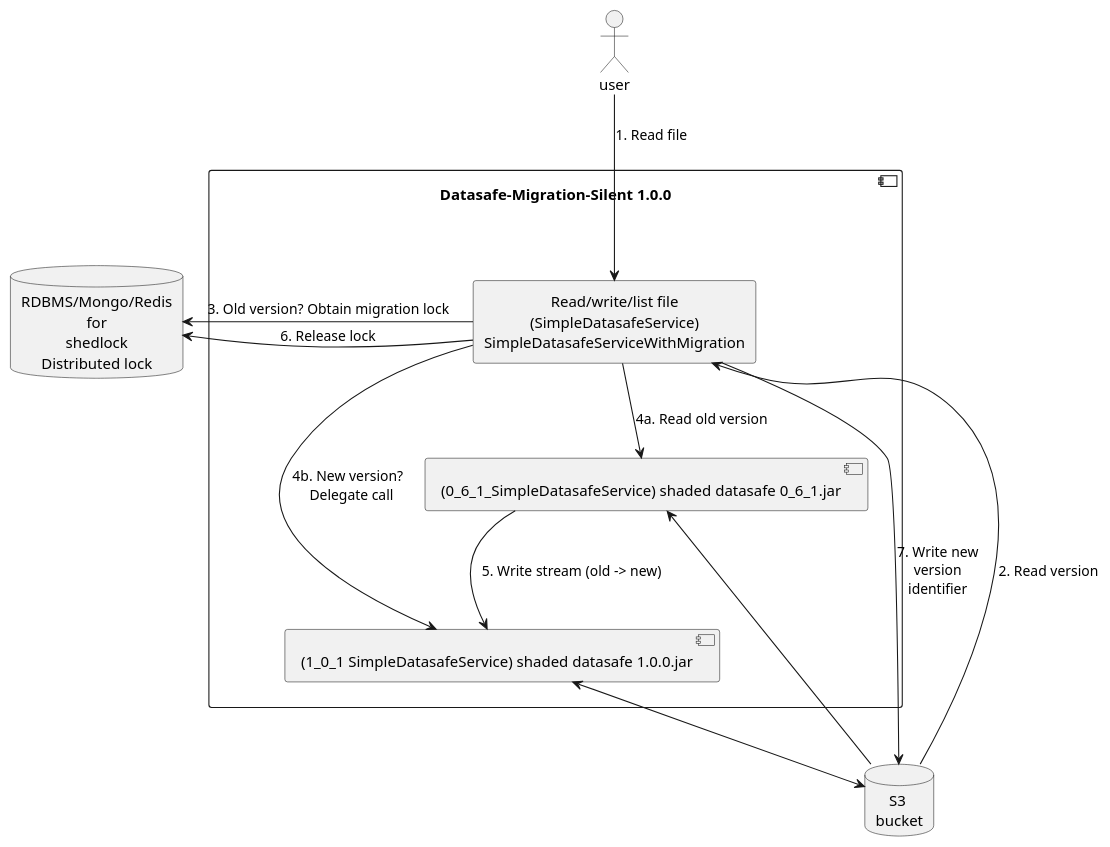
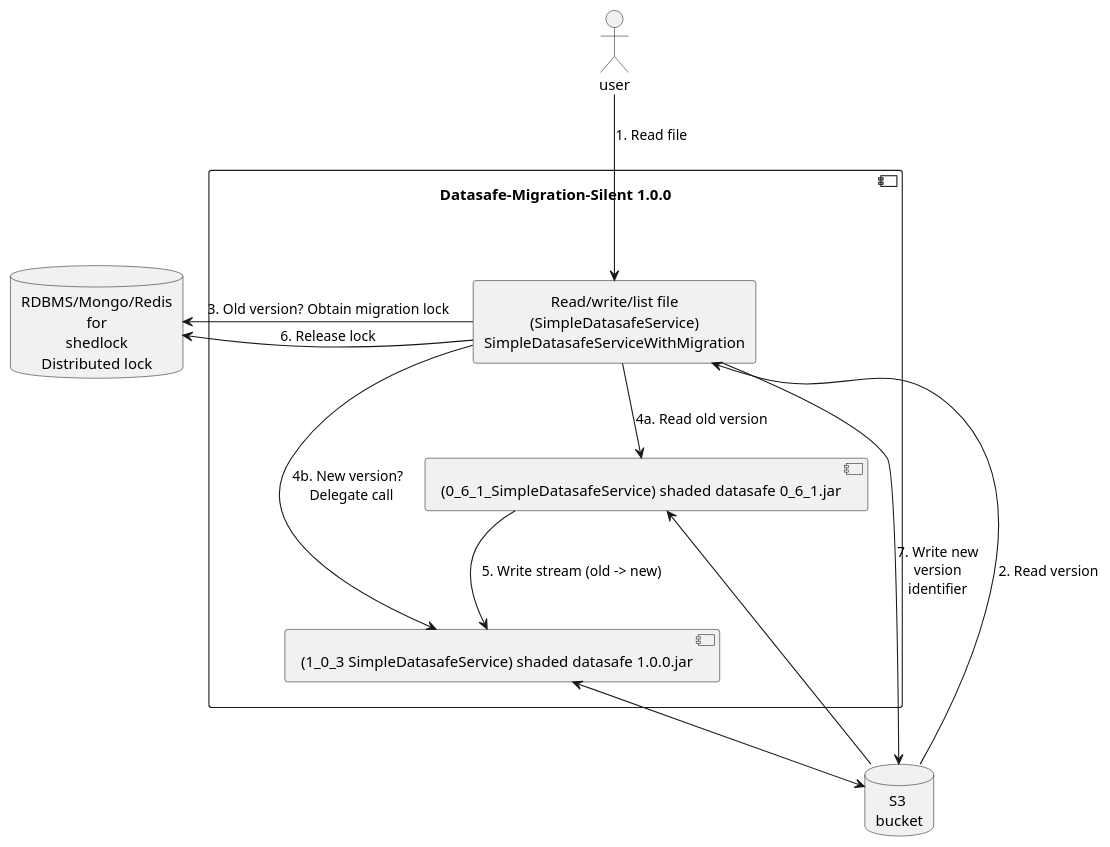
One commit to adorsys/datasafe-migration changed the diagram in docs/diagrams/silent-migration.puml. Above: the diagram before and after it, drawn with PlantUML. The commit also changed 41 other files, not shown here.

```diff
--- a/docs/diagrams/silent-migration.puml
+++ b/docs/diagrams/silent-migration.puml
@@ -1,33 +1,33 @@
 @startuml
 
 skinparam ranksep 55
 skinparam defaultTextAlignment center
 'skinparam nodesep 20
 skinparam shadowing false
 'skinparam linetype ortho
 
 actor user
 
 component "Datasafe-Migration-Silent 1.0.0\n\n\n" as UBER {
   rectangle "Read/write/list file\n(SimpleDatasafeService)\nSimpleDatasafeServiceWithMigration" as proxy
   component "(0_6_1_SimpleDatasafeService) shaded datasafe 0_6_1.jar" as reader
-  component "(1_0_1 SimpleDatasafeService) shaded datasafe 1.0.0.jar" as datasafe
+  component "(1_0_3 SimpleDatasafeService) shaded datasafe 1.0.0.jar" as datasafe
   reader -[hidden]down-> datasafe
 }
 
 database "S3 \nbucket" as bucket
 database "RDBMS/Mongo/Redis\nfor\nshedlock\nDistributed lock" as lock
 
 user --> proxy : 1. Read file
 proxy <-- bucket : 2. Read version
 proxy -left-> lock : 3. Old version? Obtain migration lock
 proxy --> reader : 4a. Read old version
 proxy --> datasafe : 4b. New version? \n Delegate call
 reader --> datasafe : 5. Write stream (old -> new)
 proxy -left-> lock : 6. Release lock
 proxy --> bucket : 7. Write new\nversion\nidentifier
 
 reader <-- bucket
 datasafe <--> bucket
 bucket -[hidden]left-> UBER
 @enduml
```
